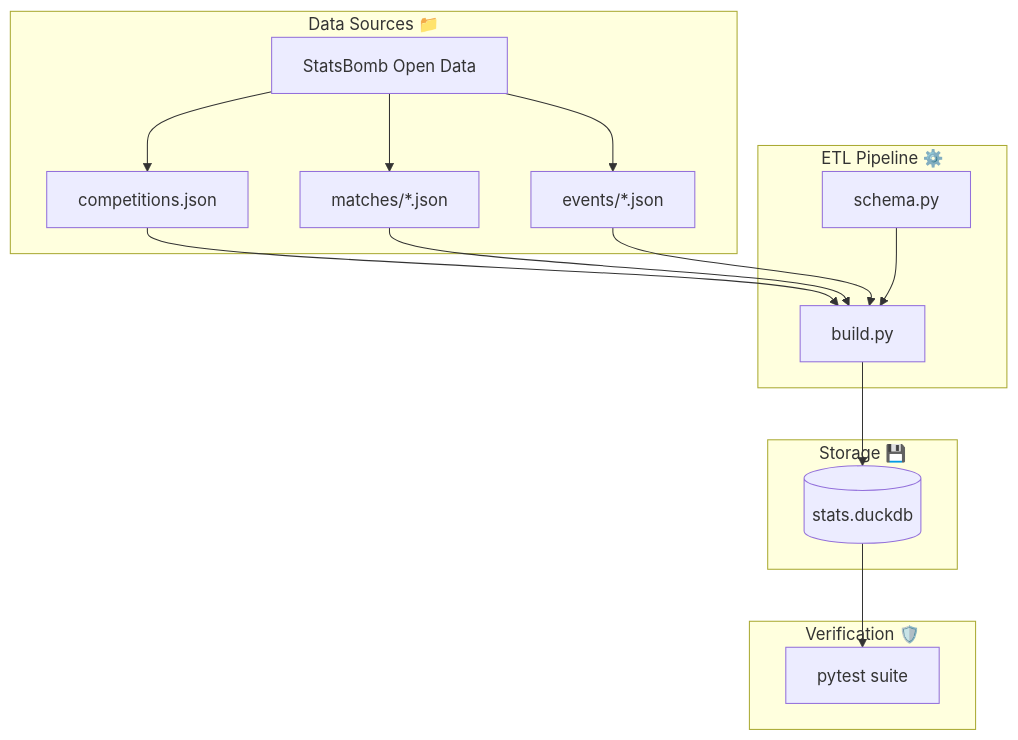
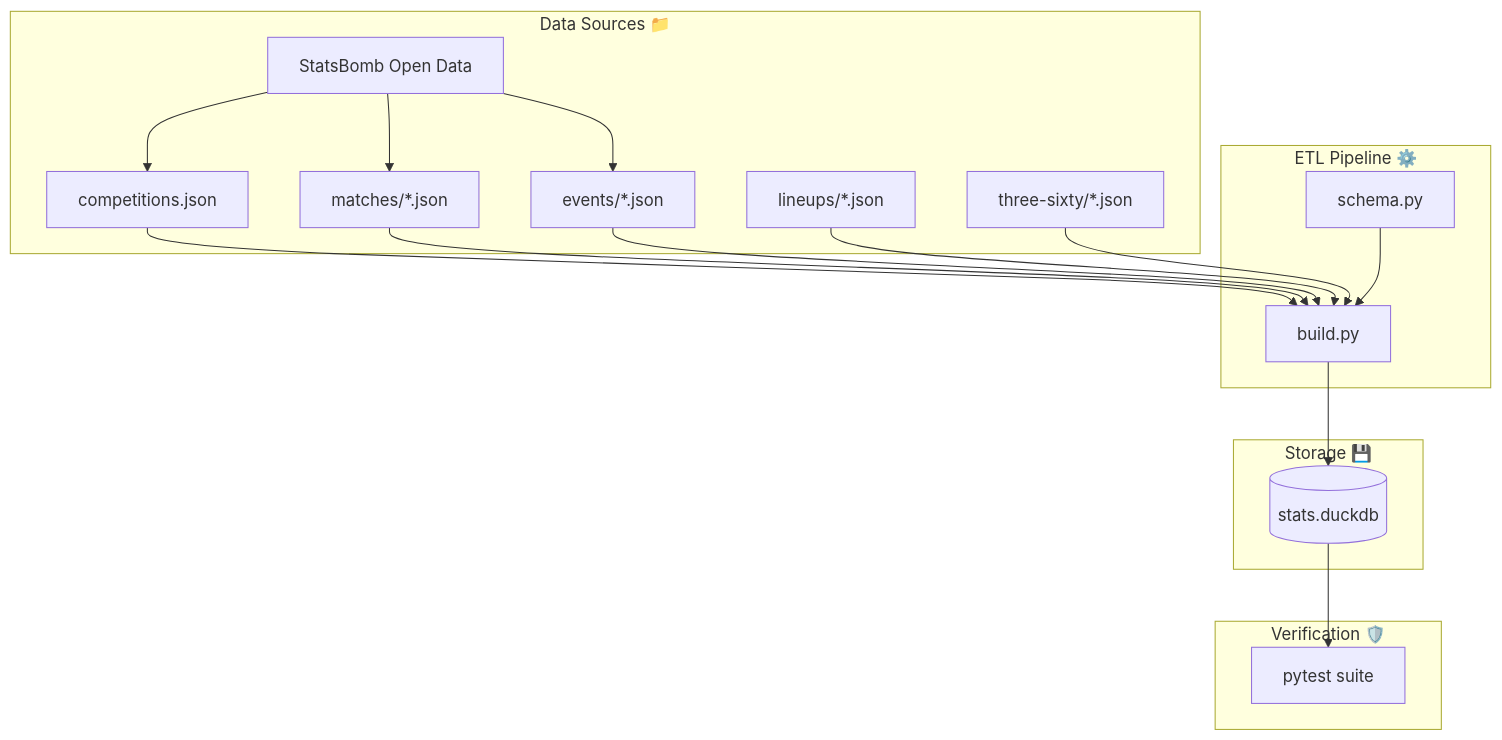
One commit to TrilemmaFoundation/soccer-analytics-engineering changed the diagram in README.md. Above: the diagram before and after it, drawn with Mermaid. The commit also changed other lines of this file and 8 other files, not shown here.

Commit message:
extended schema

````diff
--- a/README.md
+++ b/README.md
@@ -23,34 +23,38 @@
 ```mermaid
 graph TD
     subgraph "Data Sources 📁"
         SB[StatsBomb Open Data]
         COMP[competitions.json]
         MATCH[matches/*.json]
         EVENT[events/*.json]
+        LINEUP[lineups/*.json]
+        THREE60[three-sixty/*.json]
     end
 
     subgraph "ETL Pipeline ⚙️"
         BUILD[build.py]
         SCHEMA[schema.py]
     end
 
     subgraph "Storage 💾"
         DB[(stats.duckdb)]
     end
 
     subgraph "Verification 🛡️"
         TESTS[pytest suite]
     end
 
     SB --> COMP
     SB --> MATCH
     SB --> EVENT
     
     COMP --> BUILD
     MATCH --> BUILD
     EVENT --> BUILD
+    LINEUP --> BUILD
+    THREE60 --> BUILD
     
     SCHEMA --> BUILD
     BUILD --> DB
     DB --> TESTS
 ```
````
